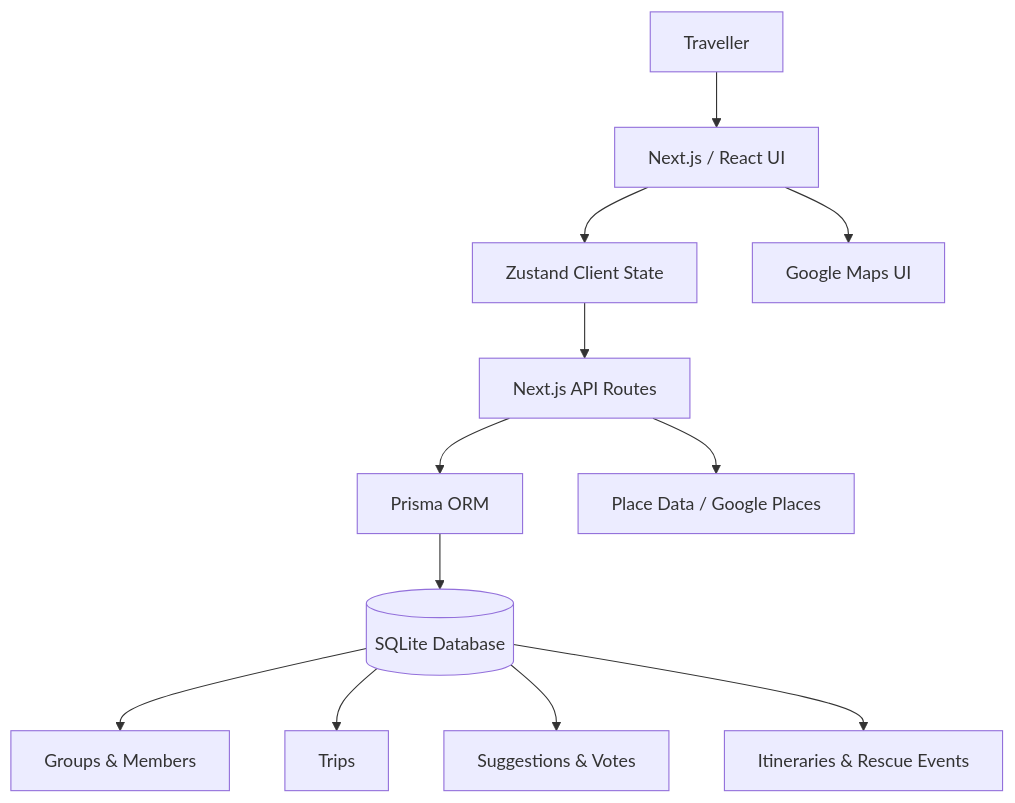
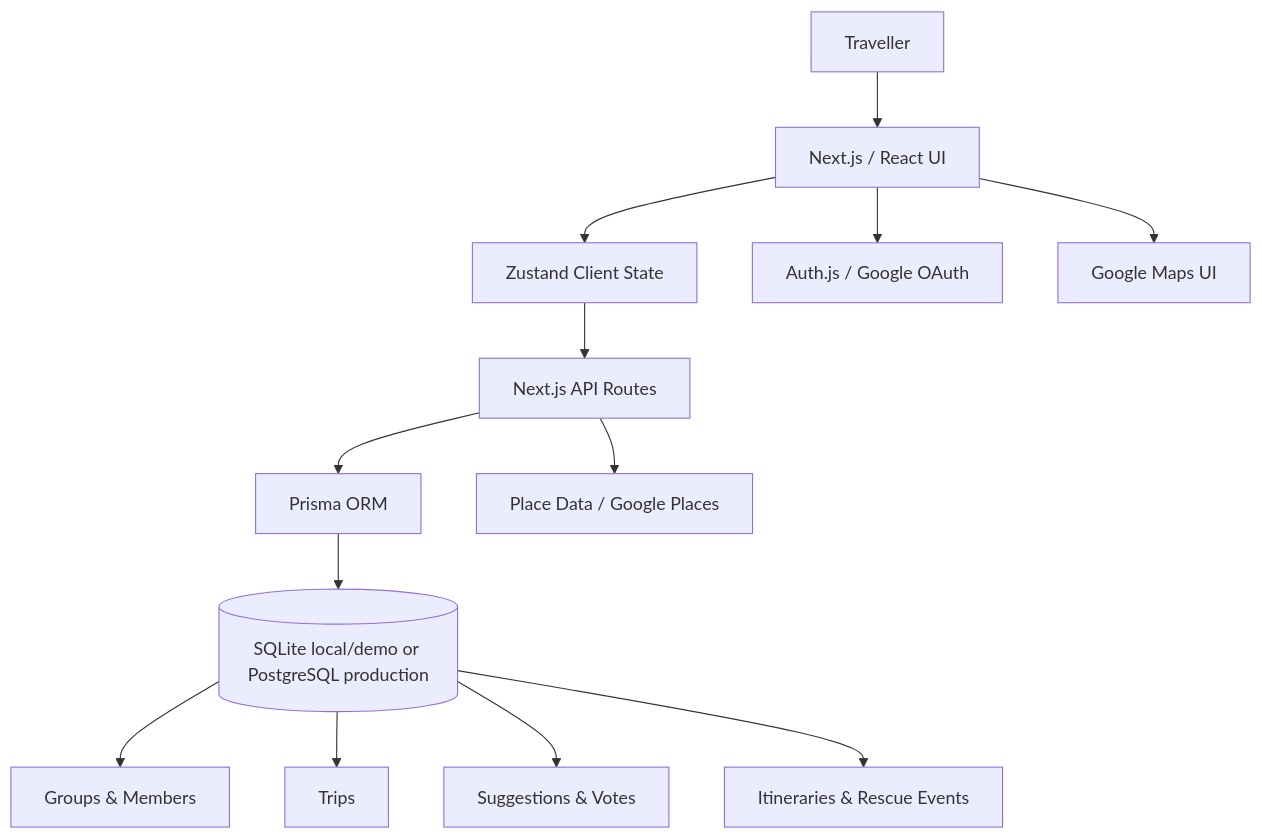
One commit to qianyi-11/TravPlanner changed the second of 2 diagrams in README.md. Above: the diagram before and after it, drawn with Mermaid. The commit also changed other lines of this file, not shown here.

````diff
--- a/README.md
+++ b/README.md
@@ -365,18 +331,19 @@
 ```mermaid
 flowchart TD
     U[Traveller] --> UI[Next.js / React UI]
 
     UI --> Z[Zustand Client State]
     Z --> API[Next.js API Routes]
 
+    UI --> AUTH[Auth.js / Google OAuth]
     API --> P[Prisma ORM]
-    P --> DB[(SQLite Database)]
+    P --> DB[(SQLite local/demo or PostgreSQL production)]
 
     UI --> MAP[Google Maps UI]
     API --> PLACE[Place Data / Google Places]
 
     DB --> G[Groups & Members]
     DB --> T[Trips]
     DB --> S[Suggestions & Votes]
     DB --> I[Itineraries & Rescue Events]
 ```
````
